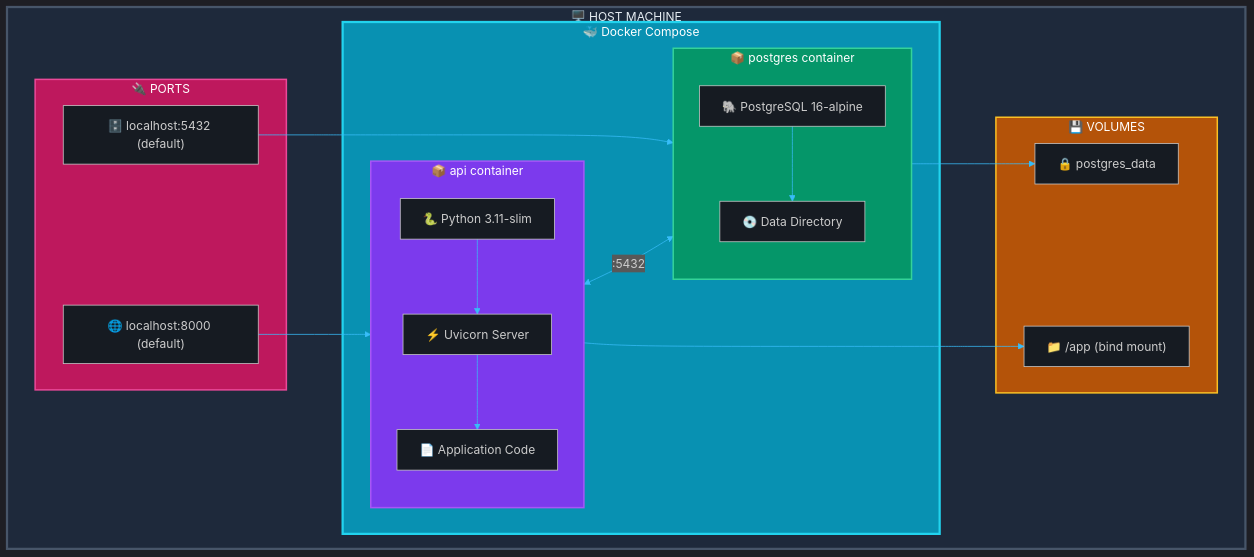
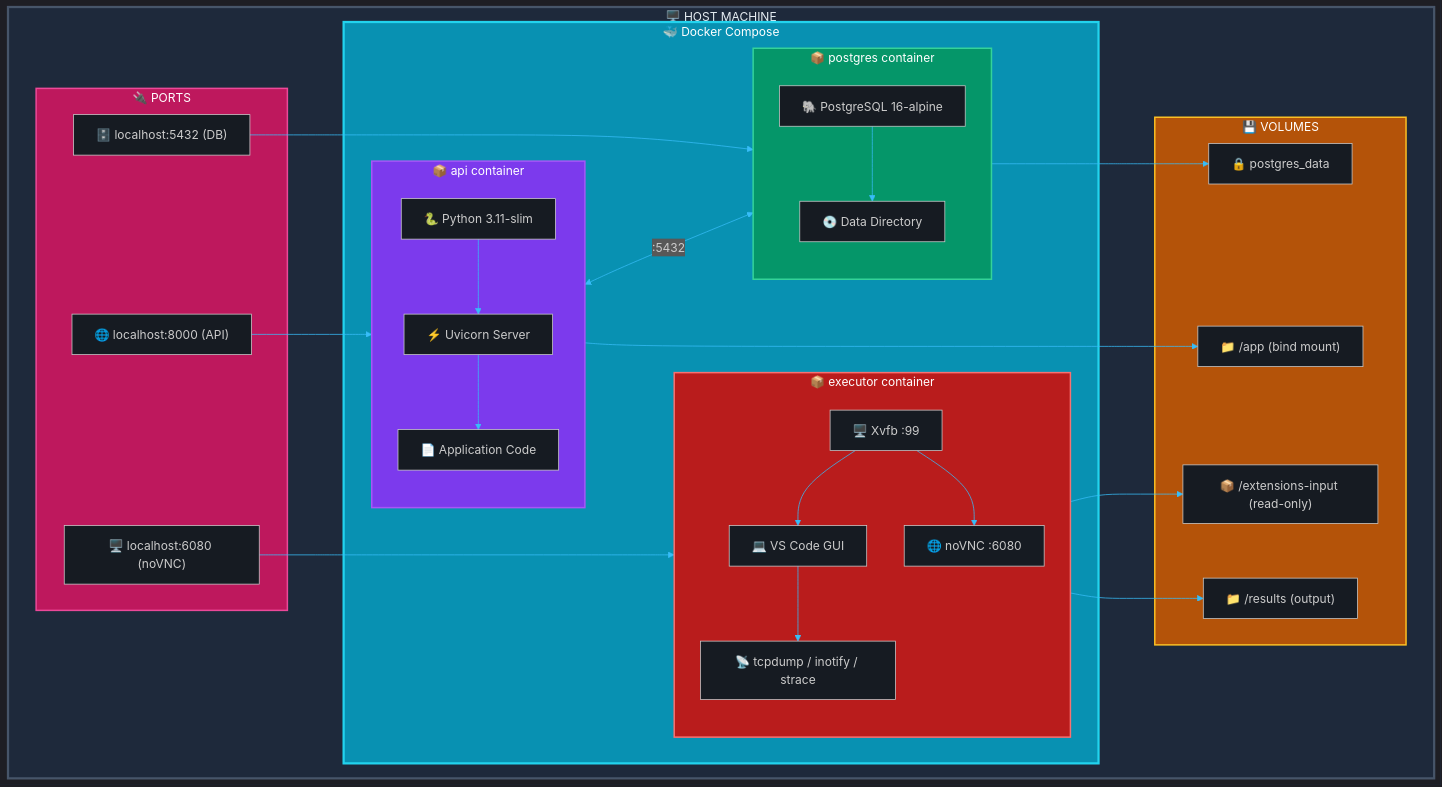
Before and after one commit to Ekremunalytu/automation_enviroment: the tenth of 14 diagrams in documents/ARCHITECTURE.md, drawn with Mermaid. The commit also changed other lines of this file and 9 other files, not shown here.

Commit message:
project architecture changed. xvfb used

````diff
--- a/documents/ARCHITECTURE.md
+++ b/documents/ARCHITECTURE.md
@@ -609,46 +618,64 @@
 ```mermaid
 %%{init: {'theme': 'dark', 'themeVariables': { 'background': '#0d1117', 'primaryColor': '#0ea5e9', 'primaryTextColor': '#e6edf3', 'lineColor': '#38bdf8', 'mainBkg': '#161b22', 'nodeBkg': '#21262d', 'clusterBkg': '#161b22'}}}%%
 flowchart TB
     subgraph Host["🖥️ HOST MACHINE"]
         subgraph DockerCompose["🐳 Docker Compose"]
             subgraph APIContainer["📦 api container"]
                 direction TB
                 Python["🐍 Python 3.11-slim"]
                 Uvicorn["⚡ Uvicorn Server"]
                 AppCode["📄 Application Code"]
                 Python --> Uvicorn
                 Uvicorn --> AppCode
             end
 
             subgraph DBContainer["📦 postgres container"]
                 direction TB
                 PG["🐘 PostgreSQL 16-alpine"]
                 Data["💿 Data Directory"]
                 PG --> Data
             end
+
+            subgraph ExecutorContainer["📦 executor container"]
+                direction TB
+                Xvfb["🖥️ Xvfb :99"]
+                VSCode["💻 VS Code GUI"]
+                Monitor["📡 tcpdump / inotify / strace"]
+                NoVNC["🌐 noVNC :6080"]
+                Xvfb --> VSCode
+                VSCode --> Monitor
+                Xvfb --> NoVNC
+            end
         end
 
         subgraph Volumes["💾 VOLUMES"]
             PGData["🔒 postgres_data"]
             AppMount["📁 /app (bind mount)"]
+            ExtMount["📦 /extensions-input (read-only)"]
+            ResultMount["📁 /results (output)"]
         end
 
     subgraph Ports["🔌 PORTS"]
-        P8000["🌐 localhost:8000 (default)"]
-        P5432["🗄️ localhost:5432 (default)"]
+        P8000["🌐 localhost:8000 (API)"]
+        P5432["🗄️ localhost:5432 (DB)"]
+        P6080["🖥️ localhost:6080 (noVNC)"]
     end
     end
 
     APIContainer <-->|":5432"| DBContainer
     DBContainer --> PGData
     APIContainer --> AppMount
+    ExecutorContainer --> ExtMount
+    ExecutorContainer --> ResultMount
     P8000 --> APIContainer
     P5432 --> DBContainer
+    P6080 --> ExecutorContainer
 
     style Host fill:#1e293b,stroke:#475569,stroke-width:3px,color:#e6edf3
     style DockerCompose fill:#0891b2,stroke:#22d3ee,stroke-width:3px,color:#fff
     style APIContainer fill:#7c3aed,stroke:#a855f7,stroke-width:2px,color:#fff
     style DBContainer fill:#059669,stroke:#34d399,stroke-width:2px,color:#fff
+    style ExecutorContainer fill:#b91c1c,stroke:#f87171,stroke-width:2px,color:#fff
     style Volumes fill:#b45309,stroke:#fbbf24,stroke-width:2px,color:#fff
     style Ports fill:#be185d,stroke:#ec4899,stroke-width:2px,color:#fff
 ```
````
